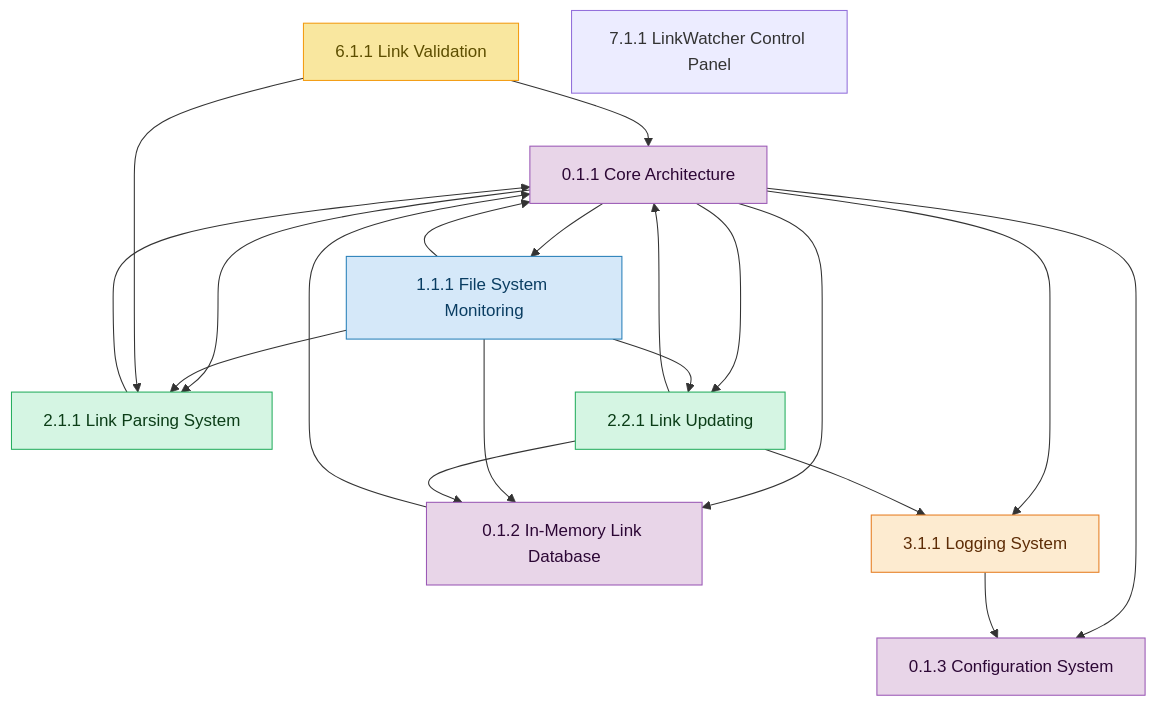
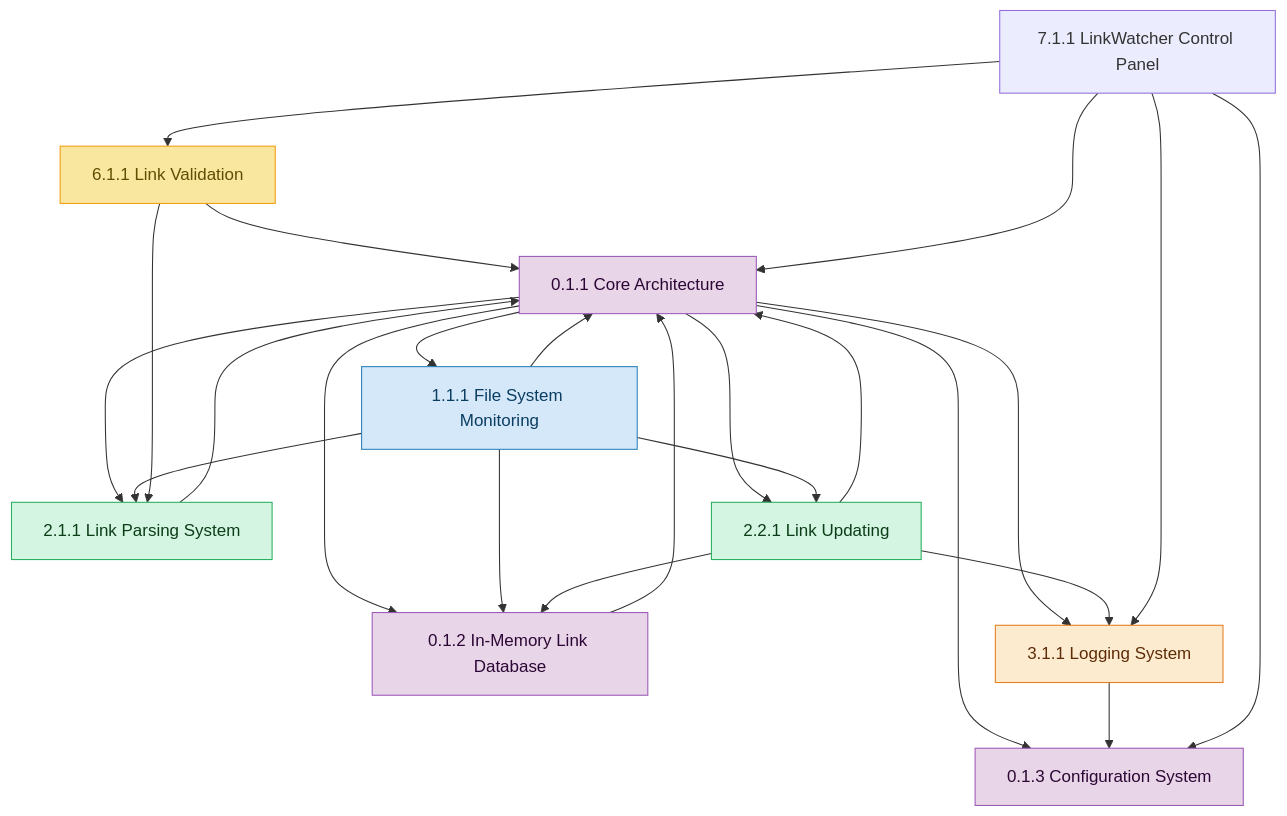
Before and after one commit to Abtomation/LinkWatcher: the diagram in doc/technical/architecture/feature-dependencies.md, drawn with Mermaid. The commit also changed other lines of this file and 410 other files, not shown here.

````diff
--- a/doc/technical/architecture/feature-dependencies.md
+++ b/doc/technical/architecture/feature-dependencies.md
@@ -22,50 +22,54 @@
 ```mermaid
 graph TD
 
     classDef foundation fill:#e8d5e8,stroke:#9b59b6,color:#2c0735
     classDef filewatching fill:#d5e8f9,stroke:#2980b9,color:#0a3d62
     classDef linkprocessing fill:#d5f5e3,stroke:#27ae60,color:#0b3d17
     classDef monitoring fill:#fdebd0,stroke:#e67e22,color:#5d2c06
     classDef testing fill:#fadbd8,stroke:#e74c3c,color:#5a0a0a
     classDef cicd fill:#d6eaf8,stroke:#3498db,color:#1a3c5e
     classDef validation fill:#f9e79f,stroke:#f39c12,color:#5d4e00
 
     F0_1_1["0.1.1 Core Architecture"]
     F0_1_2["0.1.2 In-Memory Link Database"]
     F0_1_3["0.1.3 Configuration System"]
     F1_1_1["1.1.1 File System Monitoring"]
     F2_1_1["2.1.1 Link Parsing System"]
     F2_2_1["2.2.1 Link Updating"]
     F3_1_1["3.1.1 Logging System"]
     F6_1_1["6.1.1 Link Validation"]
     F7_1_1["7.1.1 LinkWatcher Control Panel"]
 
     F0_1_1 --> F0_1_2
     F0_1_1 --> F0_1_3
     F0_1_1 --> F1_1_1
     F0_1_1 --> F2_1_1
     F0_1_1 --> F2_2_1
     F0_1_1 --> F3_1_1
     F0_1_2 --> F0_1_1
     F1_1_1 --> F0_1_1
     F1_1_1 --> F0_1_2
     F1_1_1 --> F2_1_1
     F1_1_1 --> F2_2_1
     F2_1_1 --> F0_1_1
     F2_2_1 --> F0_1_1
     F2_2_1 --> F0_1_2
     F2_2_1 --> F3_1_1
     F3_1_1 --> F0_1_3
     F6_1_1 --> F0_1_1
     F6_1_1 --> F2_1_1
+    F7_1_1 --> F0_1_1
+    F7_1_1 --> F0_1_3
+    F7_1_1 --> F3_1_1
+    F7_1_1 --> F6_1_1
 
     class F0_1_1 foundation
     class F0_1_2 foundation
     class F0_1_3 foundation
     class F1_1_1 filewatching
     class F2_1_1 linkprocessing
     class F2_2_1 linkprocessing
     class F3_1_1 monitoring
     class F6_1_1 validation
     class F7_1_1 other
 ```
````
